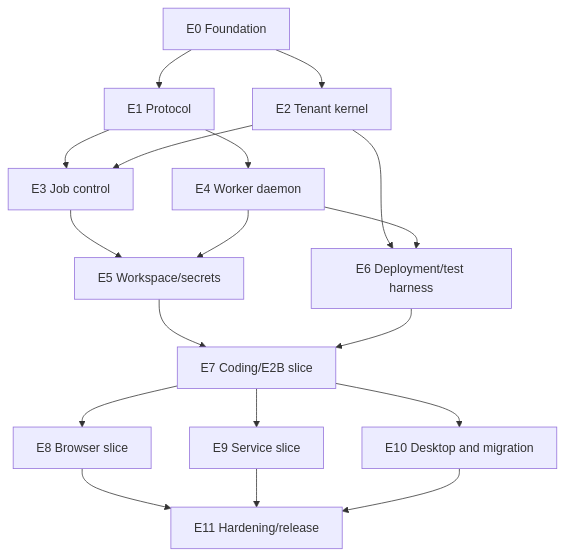
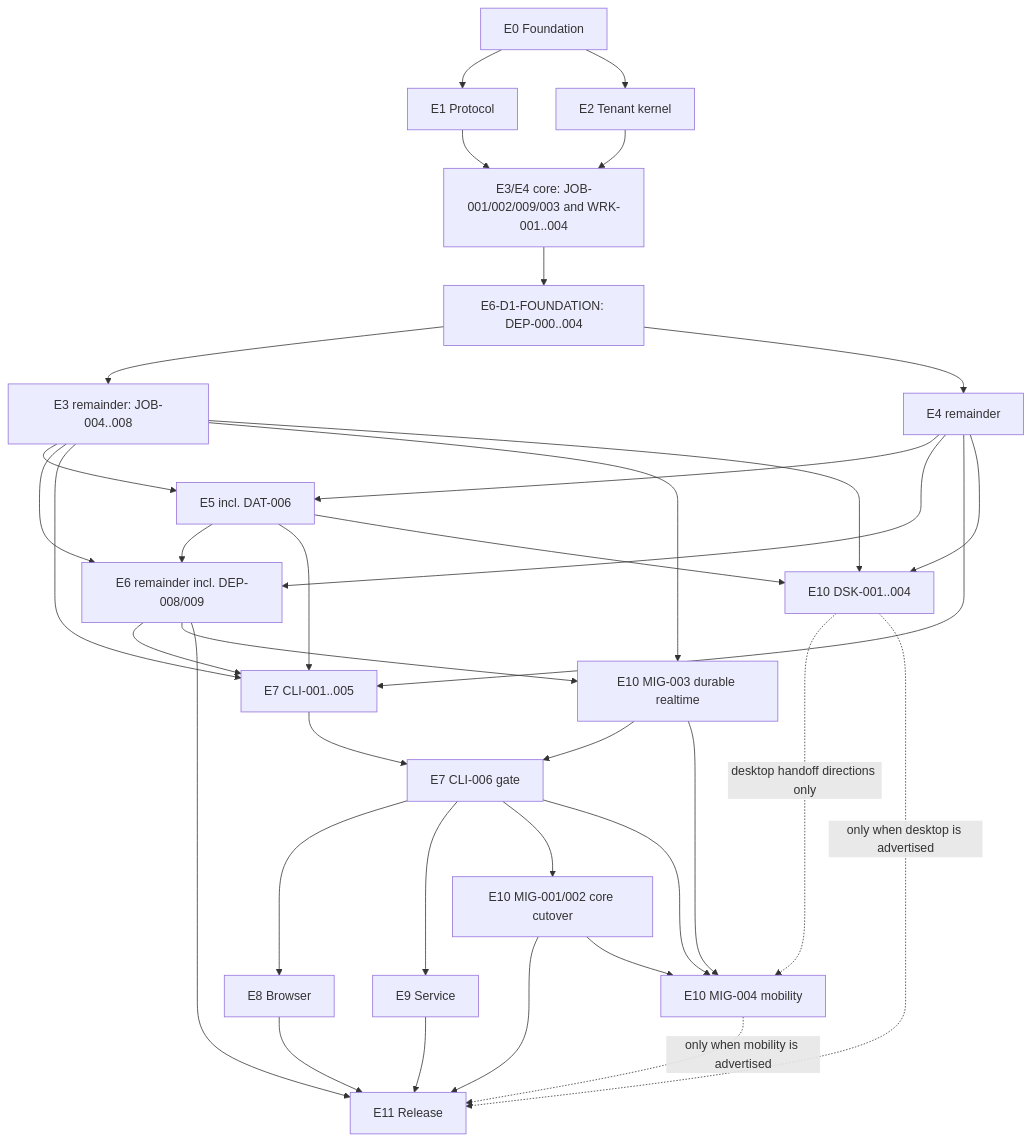
One commit to MeteoriteLabs/AoA changed the second of 2 diagrams in docs/replatform/program-design.md. Above: the diagram before and after it, drawn with Mermaid. The commit also changed other lines of this file and 27 other files, not shown here.

````diff
--- a/docs/replatform/program-design.md
+++ b/docs/replatform/program-design.md
@@ -207,20 +235,39 @@
 ```mermaid
 flowchart TD
-  FND["E0 Foundation"] --> PROTO["E1 Protocol"]
-  FND --> TEN["E2 Tenant kernel"]
-  PROTO --> JOB["E3 Job control"]
-  PROTO --> WRK["E4 Worker daemon"]
-  TEN --> JOB
-  TEN --> DEP["E6 Deployment/test harness"]
-  WRK --> DEP
-  JOB --> DATA["E5 Workspace/secrets"]
-  WRK --> DATA
-  DATA --> CLI["E7 Coding/E2B slice"]
-  DEP --> CLI
-  CLI --> BRW["E8 Browser slice"]
-  CLI --> SVC["E9 Service slice"]
-  CLI --> DSK["E10 Desktop and migration"]
-  BRW --> REL["E11 Hardening/release"]
-  SVC --> REL
-  DSK --> REL
+  E0["E0 Foundation"] --> E1["E1 Protocol"]
+  E0 --> E2["E2 Tenant kernel"]
+  E1 --> CORE["E3/E4 core: JOB-001/002/009/003 and WRK-001..004"]
+  E2 --> CORE
+  CORE --> D1["E6-D1-FOUNDATION: DEP-000..004"]
+  D1 --> E3["E3 remainder: JOB-004..008"]
+  D1 --> E4["E4 remainder"]
+  E3 --> E5["E5 incl. DAT-006"]
+  E4 --> E5
+  E3 --> E6R["E6 remainder incl. DEP-008/009"]
+  E4 --> E6R
+  E5 --> E6R
+  E3 --> E7BASE["E7 CLI-001..005"]
+  E4 --> E7BASE
+  E5 --> E7BASE
+  E6R --> E7BASE
+  E3 --> RT["E10 MIG-003 durable realtime"]
+  E6R --> RT
+  E7BASE --> E7["E7 CLI-006 gate"]
+  RT --> E7
+  E7 --> E8["E8 Browser"]
+  E7 --> E9["E9 Service"]
+  E3 --> DESK["E10 DSK-001..004"]
+  E4 --> DESK
+  E5 --> DESK
+  E7 --> CUT["E10 MIG-001/002 core cutover"]
+  CUT --> E11
+  E7 --> MOB["E10 MIG-004 mobility"]
+  DESK -. "desktop handoff directions only" .-> MOB
+  CUT --> MOB
+  RT --> MOB
+  E8 --> E11["E11 Release"]
+  E9 --> E11
+  DESK -. "only when desktop is advertised" .-> E11
+  MOB -. "only when mobility is advertised" .-> E11
+  E6R --> E11
 ```
````
